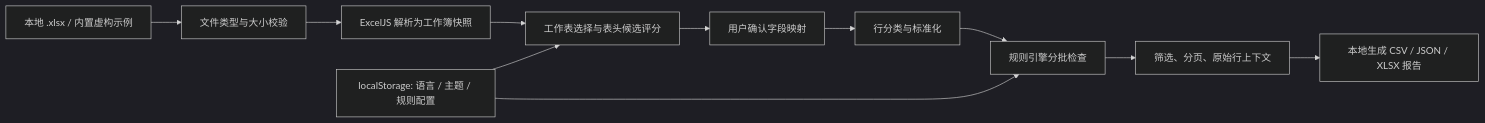
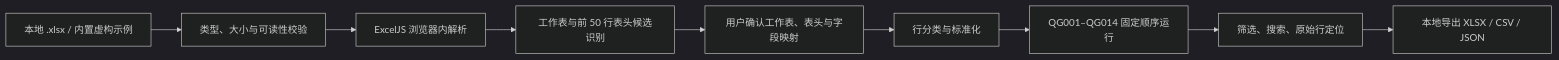
One commit to KanadeK/boq-lint changed the diagram in docs/architecture.md. Above: the diagram before and after it, drawn with Mermaid (dark theme). The commit also changed other lines of this file and 71 other files, not shown here.

````diff
--- a/docs/architecture.md
+++ b/docs/architecture.md
@@ -16,14 +17,11 @@
 ```mermaid
 flowchart LR
-  A["本地 .xlsx / 内置虚构示例"] --> B["文件类型与大小校验"]
-  B --> C["ExcelJS 解析为工作簿快照"]
-  C --> D["工作表选择与表头候选评分"]
-  D --> E["用户确认字段映射"]
+  A["本地 .xlsx / 内置虚构示例"] --> B["类型、大小与可读性校验"]
+  B --> C["ExcelJS 浏览器内解析"]
+  C --> D["工作表与前 50 行表头候选识别"]
+  D --> E["用户确认工作表、表头与字段映射"]
   E --> F["行分类与标准化"]
-  F --> G["规则引擎分批检查"]
-  G --> H["筛选、分页、原始行上下文"]
-  H --> I["本地生成 CSV / JSON / XLSX 报告"]
-
-  J["localStorage: 语言 / 主题 / 规则配置"] --> D
-  J --> G
+  F --> G["QG001–QG014 固定顺序运行"]
+  G --> H["筛选、搜索、原始行定位"]
+  H --> I["本地导出 XLSX / CSV / JSON"]
 ```
````
